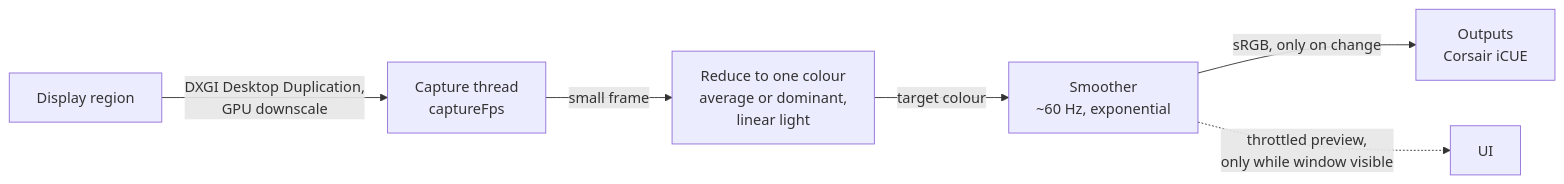
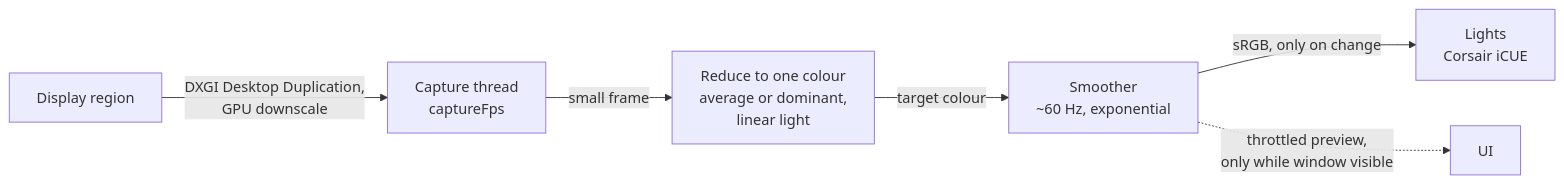
Before and after one commit to smolnetim/glowdrift: the diagram in README.md, drawn with Mermaid. The commit also changed other lines of this file and 62 other files, not shown here.

````diff
--- a/README.md
+++ b/README.md
@@ -44,8 +44,8 @@
 ```mermaid
 flowchart LR
     A[Display region] -->|DXGI Desktop Duplication,<br/>GPU downscale| B[Capture thread<br/>captureFps]
     B -->|small frame| C[Reduce to one colour<br/>average or dominant,<br/>linear light]
     C -->|target colour| D[Smoother<br/>~60 Hz, exponential]
-    D -->|sRGB, only on change| E[Outputs<br/>Corsair iCUE]
+    D -->|sRGB, only on change| E[Lights<br/>Corsair iCUE]
     D -.->|throttled preview,<br/>only while window visible| F[UI]
 ```
````
